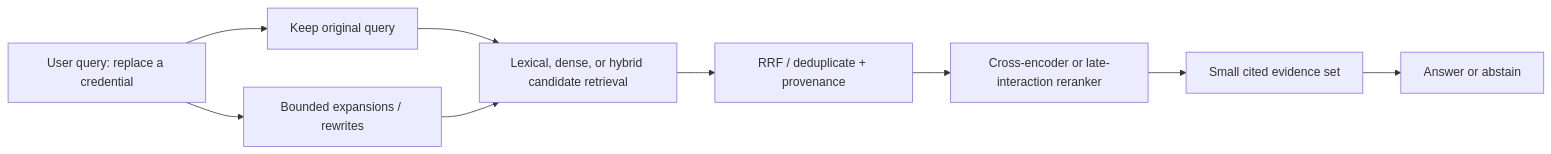
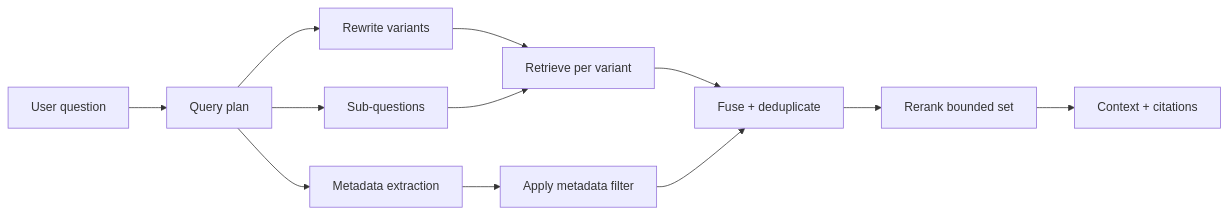
The first of 2 diagrams in curriculum/intermediate/03-query-reranking/README.md (mahsa-teimourikia/awesome-rag), drawn with Mermaid before and after one commit. The commit also changed other lines of this file and 14 other files, not shown here.

````diff
--- a/curriculum/intermediate/03-query-reranking/README.md
+++ b/curriculum/intermediate/03-query-reranking/README.md
@@ -46,11 +28,14 @@
 ```mermaid
 flowchart LR
-  A["User query: replace a credential"] --> B["Keep original query"]
-  A --> C["Bounded expansions / rewrites"]
-  B --> D["Lexical, dense, or hybrid candidate retrieval"]
-  C --> D
-  D --> E["RRF / deduplicate + provenance"]
-  E --> F["Cross-encoder or late-interaction reranker"]
-  F --> G["Small cited evidence set"]
-  G --> H["Answer or abstain"]
+  Q["User question"] --> QP["Query plan"]
+  QP --> QR["Rewrite variants"]
+  QP --> SQ["Sub-questions"]
+  QP --> ME["Metadata extraction"]
+  QR --> R["Retrieve per variant"]
+  SQ --> R
+  R --> F["Fuse + deduplicate"]
+  ME --> FI["Apply metadata filter"]
+  FI --> F
+  F --> RK["Rerank bounded set"]
+  RK --> C["Context + citations"]
 ```
````
